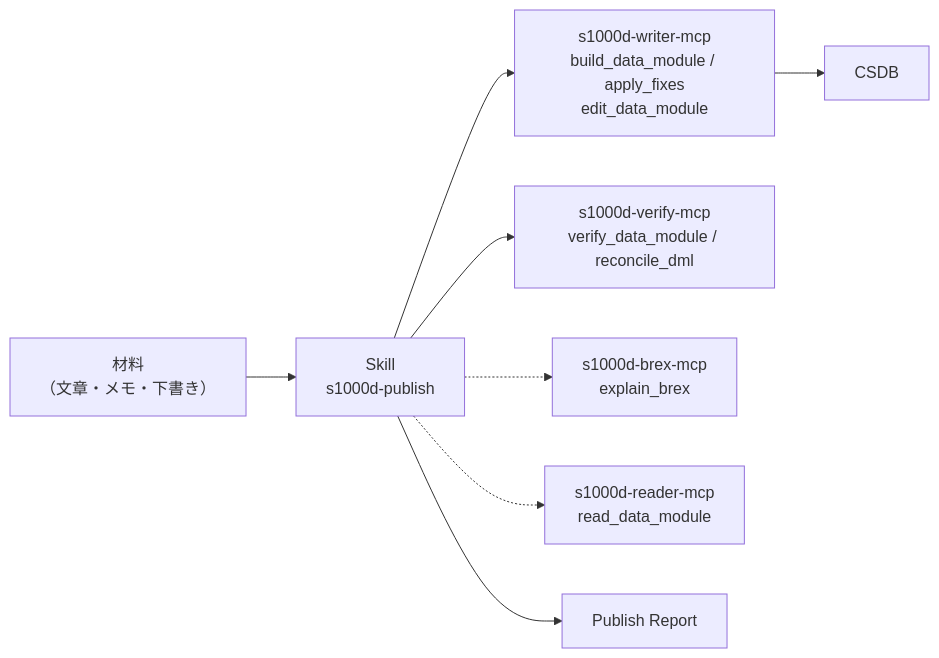
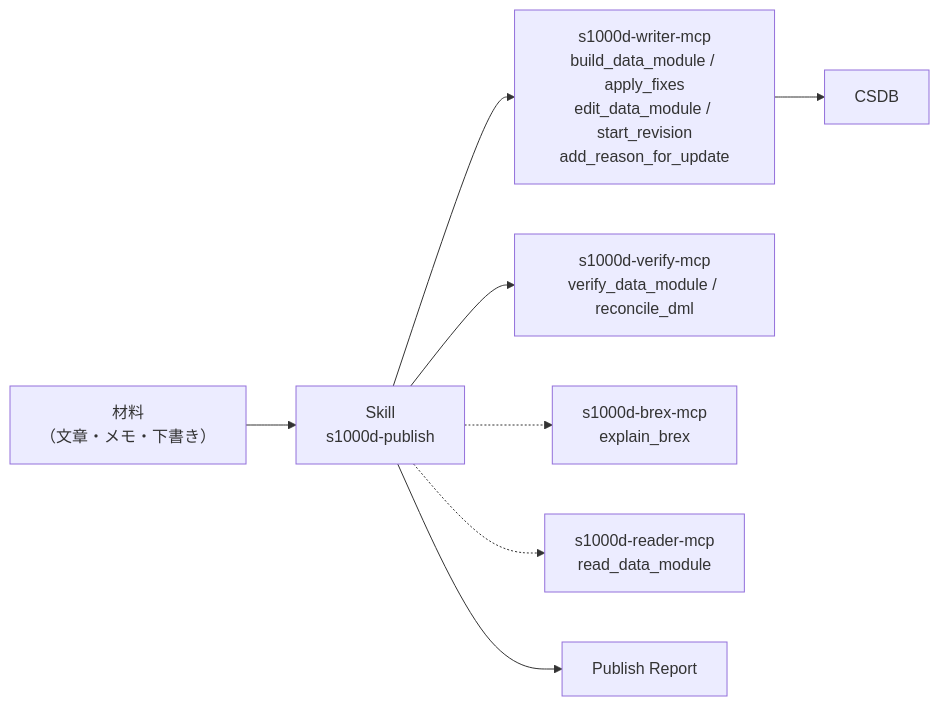
One commit to shuji-bonji/s1000d-publish-skill changed the diagram in README.ja.md. Above: the diagram before and after it, drawn with Mermaid. The commit also changed other lines of this file and 5 other files, not shown here.

````diff
--- a/README.ja.md
+++ b/README.ja.md
@@ -17,10 +17,10 @@
 ```mermaid
 flowchart LR
   D["材料<br/>（文章・メモ・下書き）"] --> S["Skill<br/>s1000d-publish"]
-  S --> W["s1000d-writer-mcp<br/>build_data_module / apply_fixes<br/>edit_data_module"]
+  S --> W["s1000d-writer-mcp<br/>build_data_module / apply_fixes<br/>edit_data_module / start_revision<br/>add_reason_for_update"]
   S --> V["s1000d-verify-mcp<br/>verify_data_module / reconcile_dml"]
   S -.-> B["s1000d-brex-mcp<br/>explain_brex"]
   S -.-> R["s1000d-reader-mcp<br/>read_data_module"]
   W --> C["CSDB"]
   S --> P["Publish Report"]
 ```
````
